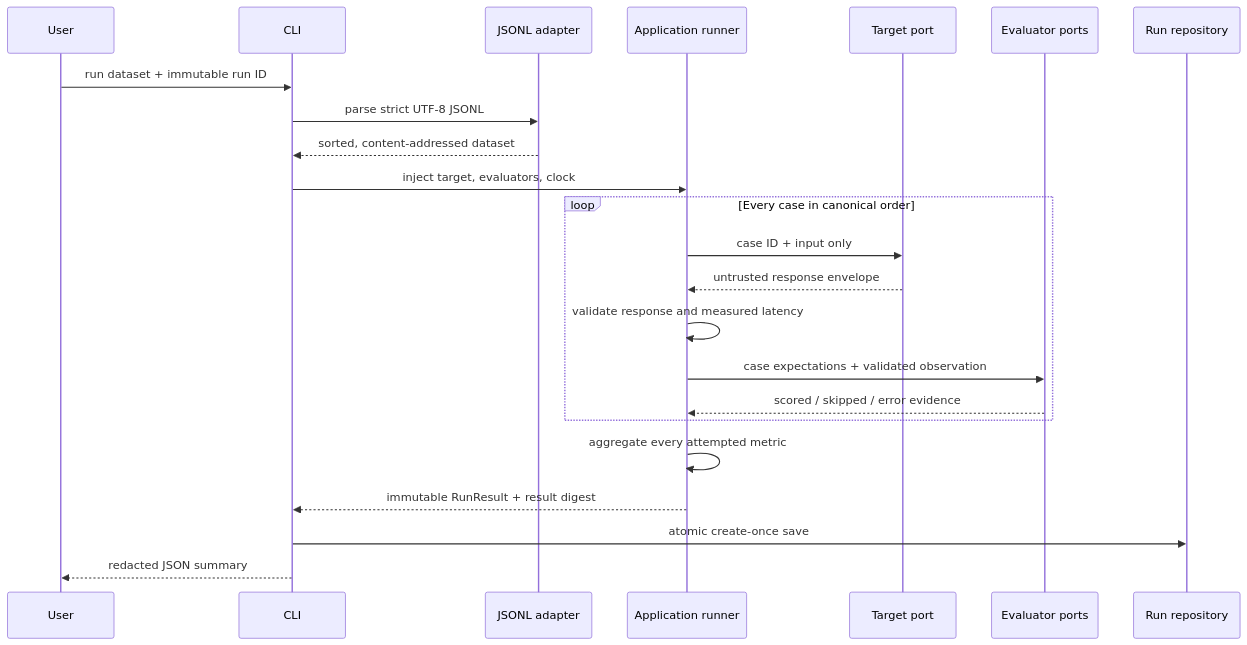
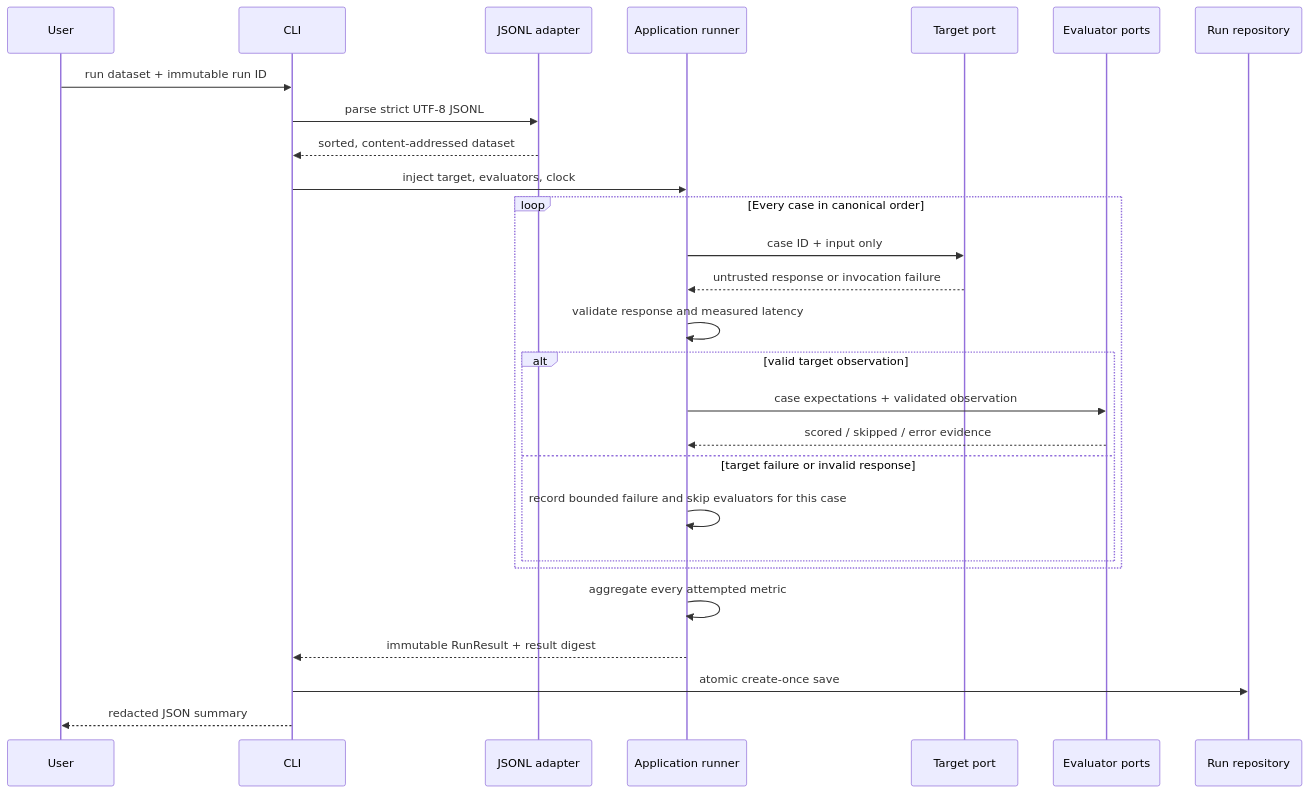
One commit to idevelopAI/llm-eval-control-plane changed the second of 7 diagrams in docs/architecture.md. Above: the diagram before and after it, drawn with Mermaid. The commit also changed other lines of this file, not shown here.

Commit message:
docs: align architecture diagrams with execution and persistence boundaries

````diff
--- a/docs/architecture.md
+++ b/docs/architecture.md
@@ -151,26 +188,30 @@
 ```mermaid
 sequenceDiagram
     participant User
     participant CLI
     participant Loader as JSONL adapter
     participant Runner as Application runner
     participant Target as Target port
     participant Eval as Evaluator ports
     participant Store as Run repository
 
     User->>CLI: run dataset + immutable run ID
     CLI->>Loader: parse strict UTF-8 JSONL
     Loader-->>CLI: sorted, content-addressed dataset
     CLI->>Runner: inject target, evaluators, clock
     loop Every case in canonical order
         Runner->>Target: case ID + input only
-        Target-->>Runner: untrusted response envelope
+        Target-->>Runner: untrusted response or invocation failure
         Runner->>Runner: validate response and measured latency
-        Runner->>Eval: case expectations + validated observation
-        Eval-->>Runner: scored / skipped / error evidence
+        alt valid target observation
+            Runner->>Eval: case expectations + validated observation
+            Eval-->>Runner: scored / skipped / error evidence
+        else target failure or invalid response
+            Runner->>Runner: record bounded failure and skip evaluators for this case
+        end
     end
     Runner->>Runner: aggregate every attempted metric
     Runner-->>CLI: immutable RunResult + result digest
     CLI->>Store: atomic create-once save
     CLI-->>User: redacted JSON summary
 ```
````
